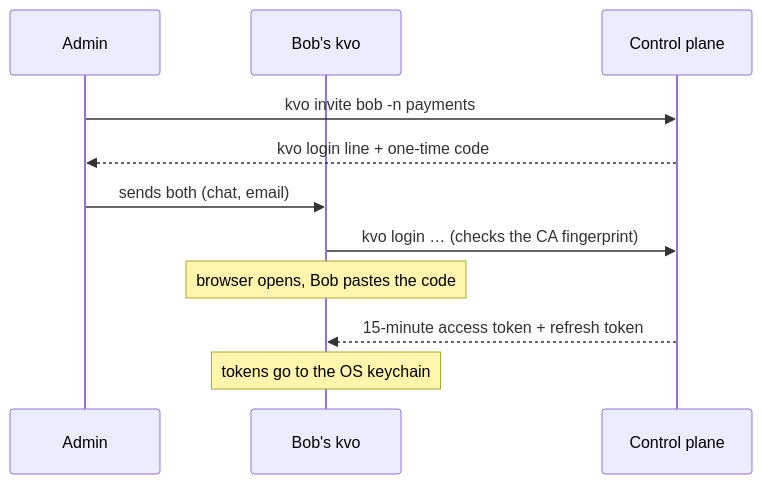
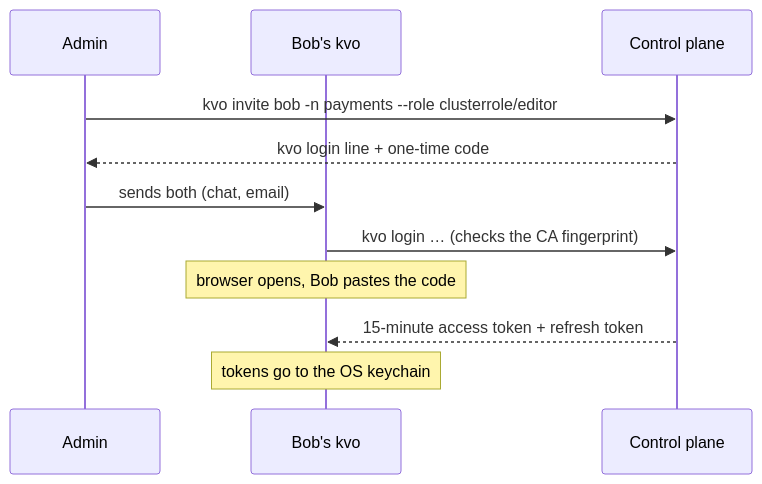
Before and after one commit to dlebee/kevaso-docs: the diagram in admin/access.md, drawn with Mermaid. The commit also changed other lines of this file and 4 other files, not shown here.

First line of the commit message:
Invites name their role explicitly: role/, clusterrole/, --cluster-role

````diff
--- a/admin/access.md
+++ b/admin/access.md
@@ -24,13 +24,13 @@
 ```mermaid
 sequenceDiagram
   participant Admin
   participant Bob as Bob's kvo
   participant CP as Control plane
-  Admin->>CP: kvo invite bob -n payments
+  Admin->>CP: kvo invite bob -n payments --role clusterrole/editor
   CP-->>Admin: kvo login line + one-time code
   Admin->>Bob: sends both (chat, email)
   Bob->>CP: kvo login … (checks the CA fingerprint)
   Note over Bob: browser opens, Bob pastes the code
   CP-->>Bob: 15-minute access token + refresh token
   Note over Bob: tokens go to the OS keychain
 ```
````
